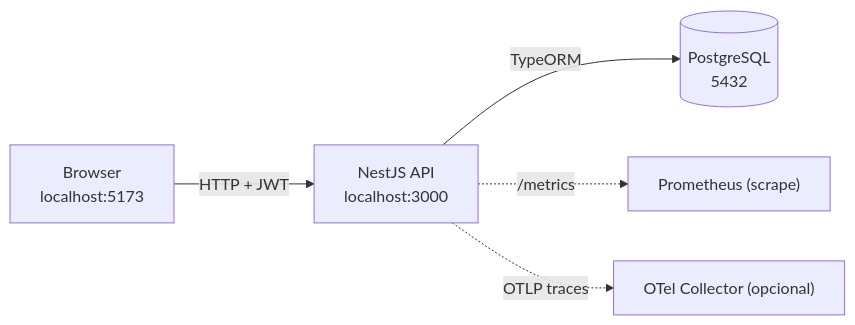
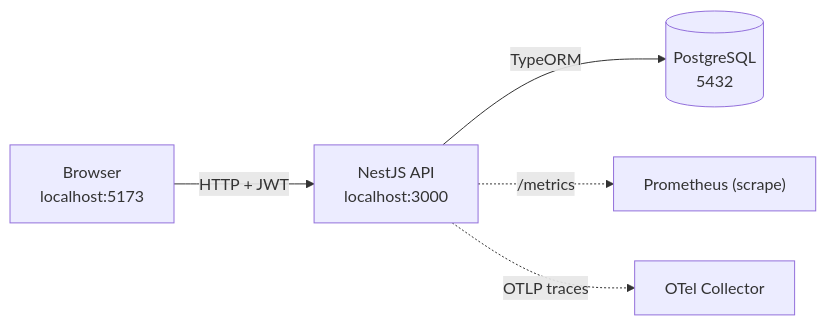
One commit to J3ff5/teddy changed the first of 3 diagrams in docs/architecture.md. Above: the diagram before and after it, drawn with Mermaid. The commit also changed other lines of this file and 10 other files, not shown here.

Commit message:
refactor: update documentation and improve clarity in README and architecture files fix: enhance comments and descriptions in code for better understanding

````diff
--- a/docs/architecture.md
+++ b/docs/architecture.md
@@ -8,7 +8,7 @@
 ```mermaid
 flowchart LR
   Browser["Browser<br/>localhost:5173"] -->|HTTP + JWT| API["NestJS API<br/>localhost:3000"]
   API -->|TypeORM| PG[("PostgreSQL<br/>5432")]
   API -.->|/metrics| Prom["Prometheus (scrape)"]
-  API -.->|OTLP traces| Otel["OTel Collector (opcional)"]
+  API -.->|OTLP traces| Otel["OTel Collector"]
 ```
````
